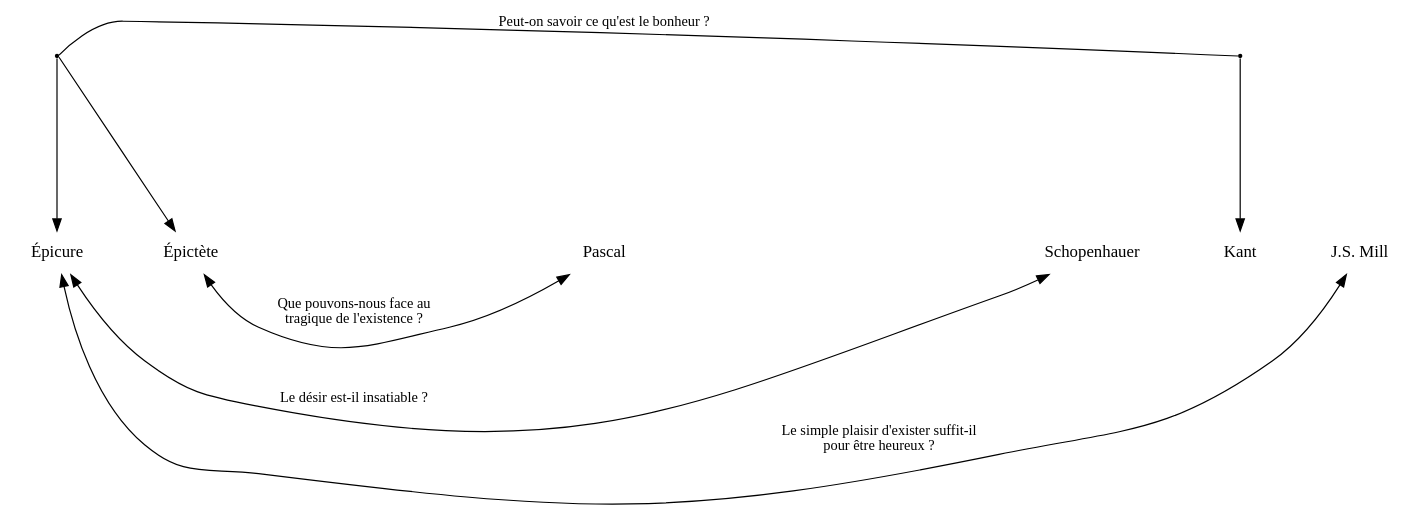
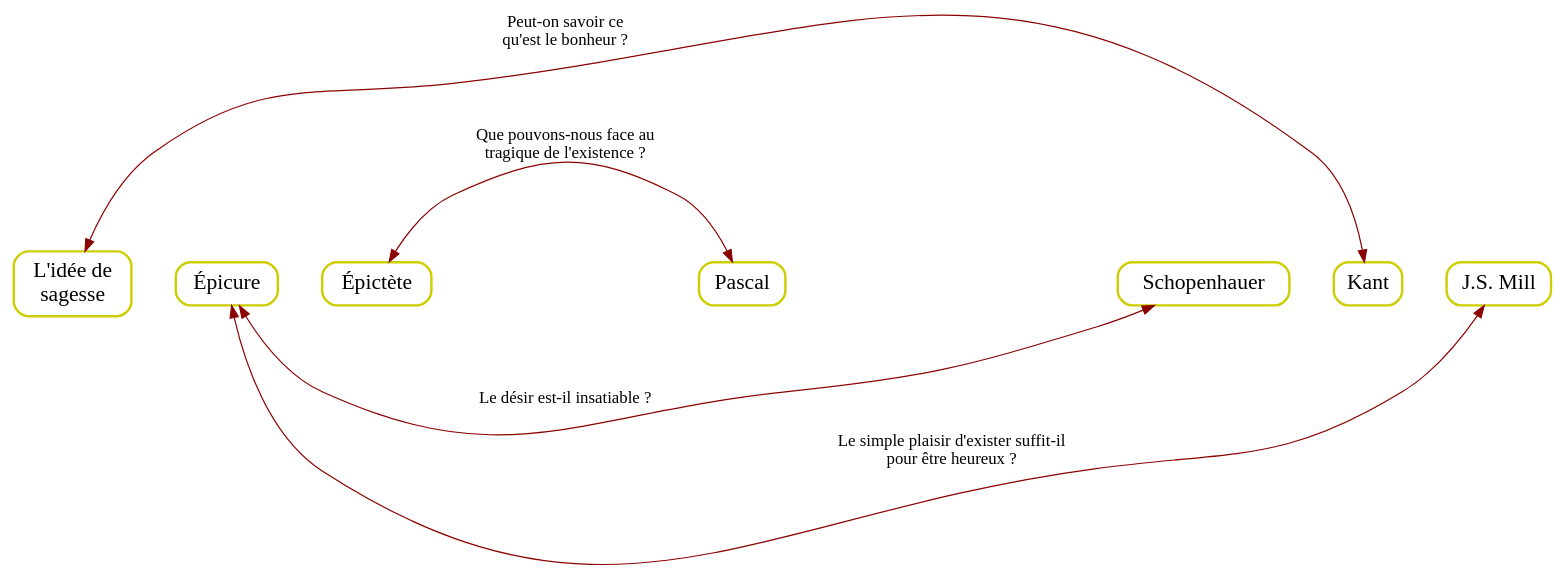
Before and after one commit to eyssette/graphviz-examples: the diagram in arc-diagrams/test.dot, drawn with Graphviz. The commit also changed 1 other file, not shown here.

```diff
--- a/arc-diagrams/test.dot
+++ b/arc-diagrams/test.dot
@@ -1,39 +1,32 @@
 digraph G {
 rankdir=LR
-// splines=polyline
+nodesep=2
+node[style=rounded, shape=box, margin=0.1, color=yellow3, penwidth=2, fontsize=18]
+edge[style="",constraint=none,arrowtail=normal,dir=both, color=red4]
 
-
-nodesep=2
-node[shape=none]
-edge[style="",constraint=none,arrowtail=normal,fontsize=12,dir=both]
-// a->ab[arrowhead=none,minlen=1,constraint=""]
-// b->ab[arrowhead=none,constraint=""]
-// ab->e[arrowtail=none,constraint=""]
-// ab[shape=point]
-//a:e->e[ltail=cluster_1]
-ab[shape=point,penwidth=0]
-te[shape=point,penwidth=0]
-a->ab[minlen=0,arrowhead=none]
-ab->b[minlen=0,arrowtail=none]
-{rank=same;te->e[minlen=0,dir=""]}
-ab->te[dir="",arrowhead=none,label="Peut-on savoir ce qu'est le bonheur ?"]
+a0->e[label="Peut-on savoir ce
+qu'est le bonheur ?"]
+b->c[label="Que pouvons-nous face au
+tragique de l'existence ?"]
+a->d[label="Le désir est-il insatiable ?"]
 
 edge[style=invis, constraint=""]
-a->b->c->d->e->f
+a0->a->b->c->d->e->f
 
+a0[label="L'idée de
+sagesse"]
 a[label="Épicure"]
 b[label="Épictète"]
 c[label="Pascal"]
 d[label="Schopenhauer"]
 e[label="Kant"]
 f[label="J.S. Mill"]
 
-edge[style="",constraint=none,arrowtail=normal,fontsize=12,dir=both]
-b->c[label="Que pouvons-nous face au
-tragique de l'existence ?"]
+edge[style="",constraint=none,arrowtail=normal,dir=both, color=red4]
 
-a->d[label="Le désir est-il insatiable ?"]
+
+
 a->f[label="Le simple plaisir d'exister suffit-il
 pour être heureux ?"]
 
 }
```
